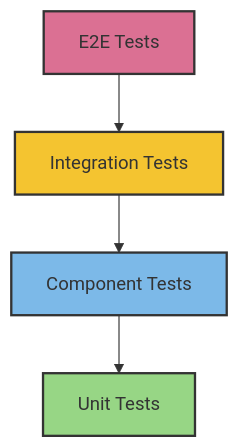
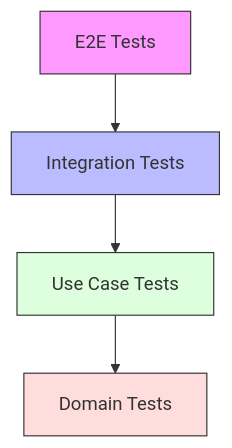
The diagram in docs/fundamentals/software-architecture/clean-architecture/implementation/testing-strategy.md (gonzaloan/crack-your-interview), drawn with Mermaid before and after one commit. The commit also changed other lines of this file and 43 other files, not shown here.

````diff
--- a/docs/fundamentals/software-architecture/clean-architecture/implementation/testing-strategy.md
+++ b/docs/fundamentals/software-architecture/clean-architecture/implementation/testing-strategy.md
@@ -22,10 +20,11 @@
 ```mermaid
 graph TD
     A[E2E Tests] --> B[Integration Tests]
-    B --> C[Component Tests]
-    C --> D[Unit Tests]
-    style D fill:#97d685,stroke:#333,stroke-width:2px
-    style C fill:#7cb9e8,stroke:#333,stroke-width:2px
-    style B fill:#f4c430,stroke:#333,stroke-width:2px
-    style A fill:#db7093,stroke:#333,stroke-width:2px
+    B --> C[Use Case Tests]
+    C --> D[Domain Tests]
+    
+    style A fill:#f9f,stroke:#333
+    style B fill:#bbf,stroke:#333
+    style C fill:#dfd,stroke:#333
+    style D fill:#fdd,stroke:#333
 ```
````
